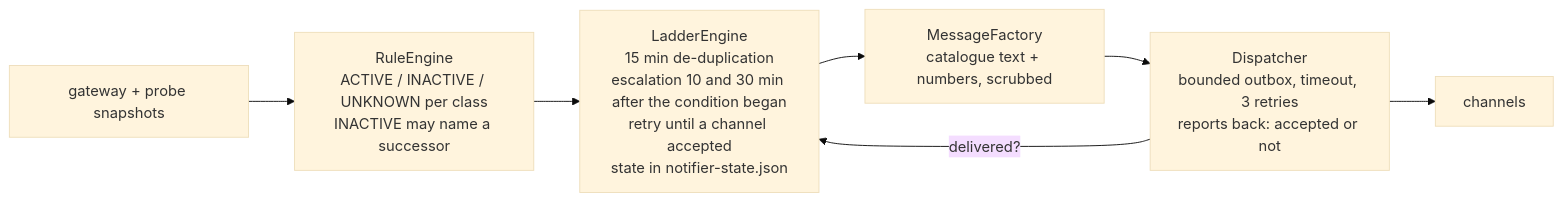
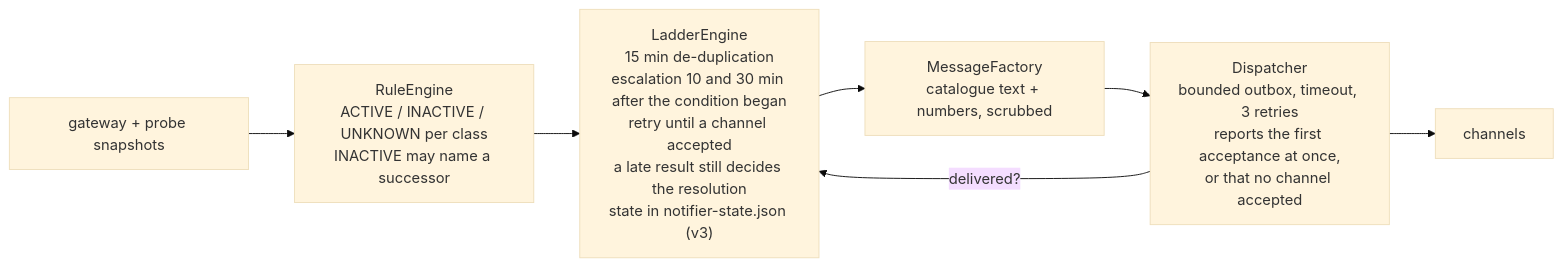
Before and after one commit to RocketEdge/brokersre-ib-gateway: the fifth of 5 diagrams in docs/sidecar.md, drawn with Mermaid (base theme). The commit also changed other lines of this file and 9 other files, not shown here.

````diff
--- a/docs/sidecar.md
+++ b/docs/sidecar.md
@@ -187,9 +187,9 @@
 ```mermaid
 flowchart LR
   snap["gateway + probe snapshots"] --> rules["RuleEngine<br/>ACTIVE / INACTIVE / UNKNOWN per class<br/>INACTIVE may name a successor"]
-  rules --> ladder["LadderEngine<br/>15 min de-duplication<br/>escalation 10 and 30 min after the condition began<br/>retry until a channel accepted<br/>state in notifier-state.json"]
+  rules --> ladder["LadderEngine<br/>15 min de-duplication<br/>escalation 10 and 30 min after the condition began<br/>retry until a channel accepted<br/>a late result still decides the resolution<br/>state in notifier-state.json (v3)"]
   ladder --> factory["MessageFactory<br/>catalogue text + numbers, scrubbed"]
-  factory --> disp["Dispatcher<br/>bounded outbox, timeout, 3 retries<br/>reports back: accepted or not"]
+  factory --> disp["Dispatcher<br/>bounded outbox, timeout, 3 retries<br/>reports the first acceptance at once,<br/>or that no channel accepted"]
   disp --> ch["channels"]
   disp -- "delivered?" --> ladder
 ```
````
